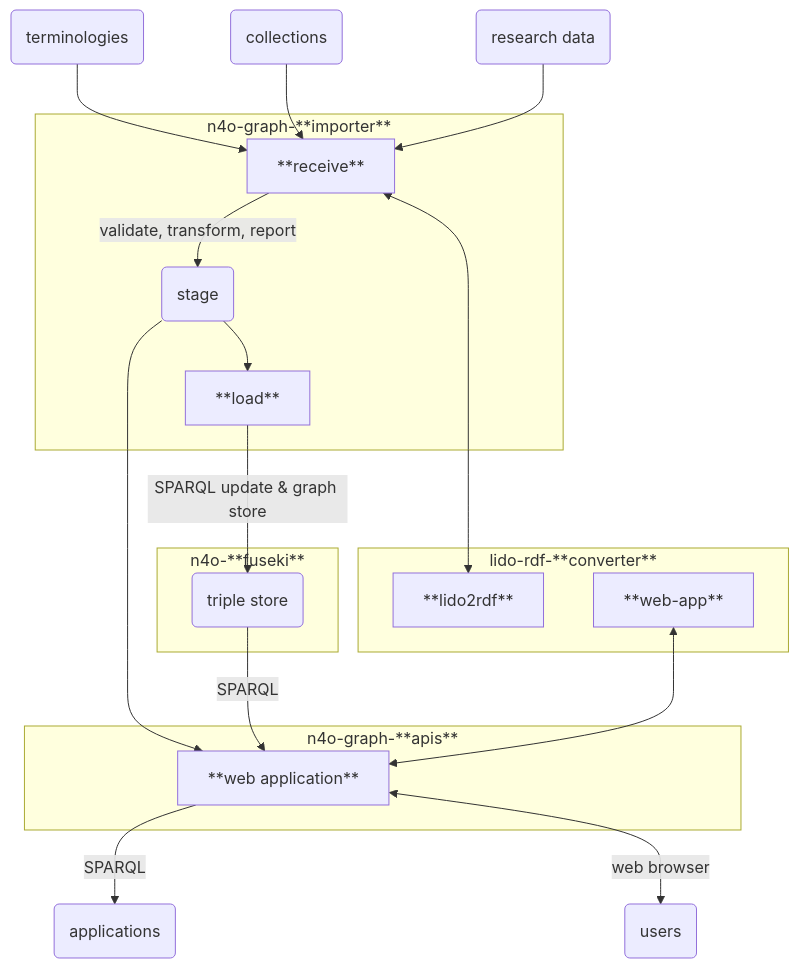
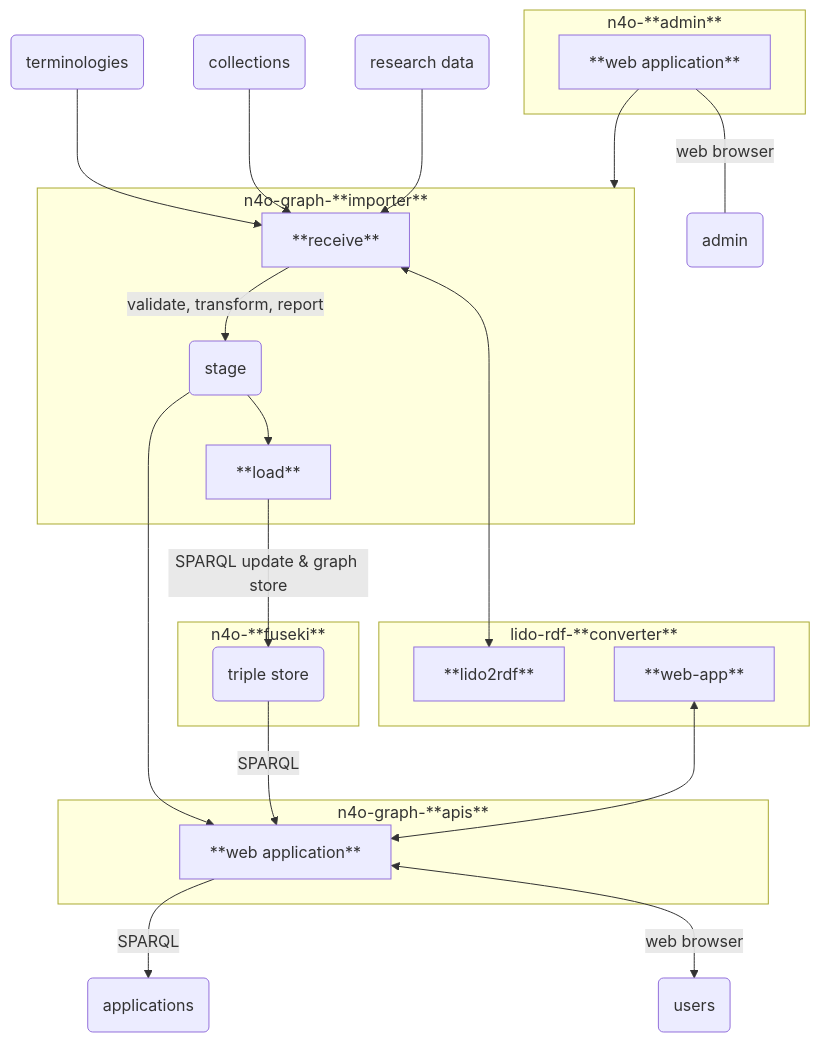
Before and after one commit to nfdi4objects/n4o-graph: the diagram in README.md, drawn with Mermaid. The commit also changed other lines of this file, not shown here.

Commit message:
Add admin to README.md

````diff
--- a/README.md
+++ b/README.md
@@ -16,35 +17,41 @@
 ```mermaid
 graph TD
     terminologies(terminologies) --> receive
     collections(collections) --> receive
     data(research data) --> receive
     stage(stage)
 
-    subgraph "n4o-graph-**importer**"
+    subgraph importer ["n4o-graph-**importer**"]
         receive[**receive**]
         receive -- validate, transform, report --> stage
         stage --> load
         load[**load**]
+
     end
+    subgraph n4o-**admin**
+      admin-ui[**web application**]
+    end
+    admin-ui --> importer
+    admin-ui -- web browser --- admin(admin)
     subgraph "n4o-**fuseki**"
         kg(triple store)
     end
     subgraph "n4o-graph-**apis**"
         ui[**web application**]
     end
     subgraph "lido-rdf-**converter**"
         lido2rdf[**lido2rdf**]
         web-app[**web-app**]
     end
 
     stage --> ui
     kg -- SPARQL --> ui
     ui -- SPARQL --> apps(applications)
 
     receive <--> lido2rdf
     load -- SPARQL update & graph store --> kg
 
     web-app <--> ui
 
     ui <--web browser--> users(users)
 ```
````
